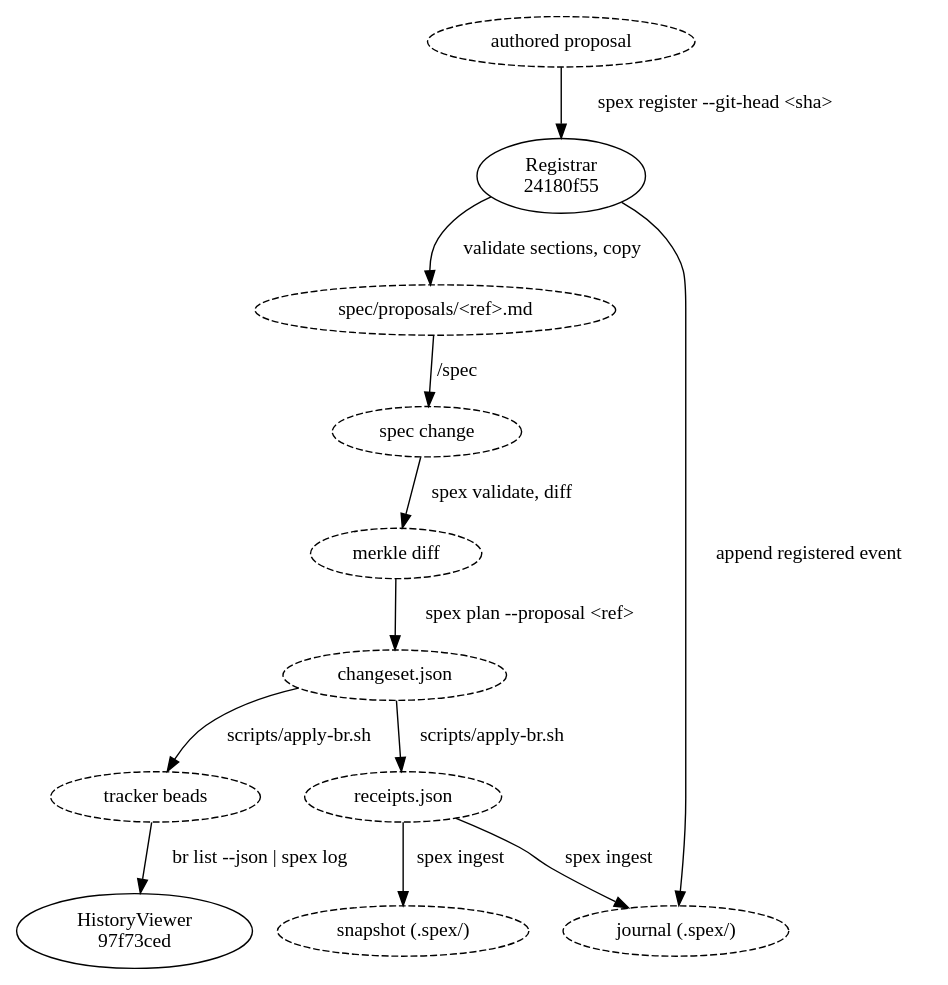
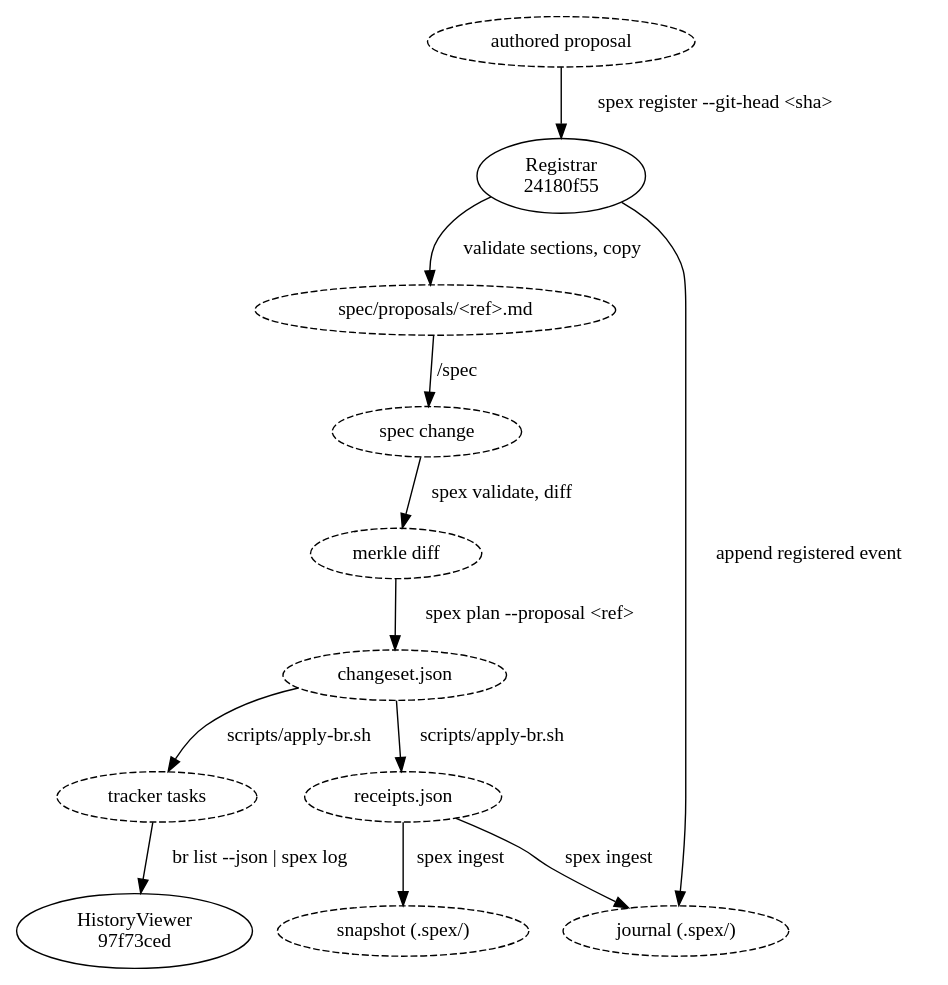
Before and after one commit to dmitriyb/spexmachina: the diagram in spec/proposal/flow_proposal_lifecycle.md, drawn with Graphviz. The commit also changed other lines of this file and 69 other files, not shown here.

Commit message:
Task lifecycle: plan decides create, close or retarget from a bounded task-state artifact, changeset v4 and receipts v2 speak tasks, and the corpus retires the tracker's noun

````diff
--- a/spec/proposal/flow_proposal_lifecycle.md
+++ b/spec/proposal/flow_proposal_lifecycle.md
@@ -5,27 +5,27 @@
 ```dot
 digraph proposal_lifecycle {
     "authored proposal"       [style=dashed];
     "24180f55c0b4"            [label="Registrar\n24180f55"];
     "spec/proposals/<ref>.md" [style=dashed];
     "spec change"             [style=dashed];
     "merkle diff"             [style=dashed];
     "changeset.json"          [style=dashed];
     "receipts.json"           [style=dashed];
-    "tracker beads"           [style=dashed];
+    "tracker tasks"           [style=dashed];
     "journal (.spex/)"        [style=dashed];
     "snapshot (.spex/)"       [style=dashed];
     "97f73ced5a02"            [label="HistoryViewer\n97f73ced"];
 
     "authored proposal"       -> "24180f55c0b4"            [label="spex register --git-head <sha>"];
     "24180f55c0b4"            -> "journal (.spex/)"        [label="append registered event"];
     "24180f55c0b4"            -> "spec/proposals/<ref>.md" [label="validate sections, copy"];
     "spec/proposals/<ref>.md" -> "spec change"             [label="/spec"];
     "spec change"             -> "merkle diff"             [label="spex validate, diff"];
     "merkle diff"             -> "changeset.json"          [label="spex plan --proposal <ref>"];
-    "changeset.json"          -> "tracker beads"           [label="scripts/apply-br.sh"];
+    "changeset.json"          -> "tracker tasks"           [label="scripts/apply-br.sh"];
     "changeset.json"          -> "receipts.json"           [label="scripts/apply-br.sh"];
     "receipts.json"           -> "journal (.spex/)"        [label="spex ingest"];
     "receipts.json"           -> "snapshot (.spex/)"       [label="spex ingest"];
-    "tracker beads"           -> "97f73ced5a02"            [label="br list --json | spex log"];
+    "tracker tasks"           -> "97f73ced5a02"            [label="br list --json | spex log"];
 }
 ```
````
